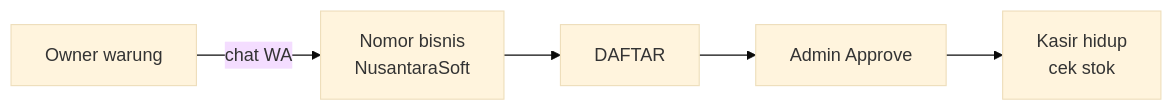
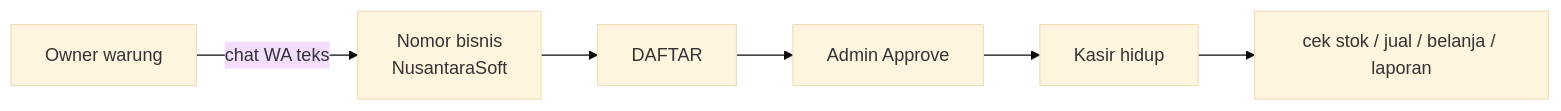
One commit to nusantarasoft/juragan-aibuilder-cup changed the diagram in diagrams/aistudio/umkm-wa/business/L0-bisnis-besar.mmd. Above: the diagram before and after it, drawn with Mermaid (base theme). The commit also changed 20 other files, not shown here.

First line of the commit message:
feat(hermes): pin WhatsApp tool allowlist and refresh UMKM diagrams

```diff
--- a/diagrams/aistudio/umkm-wa/business/L0-bisnis-besar.mmd
+++ b/diagrams/aistudio/umkm-wa/business/L0-bisnis-besar.mmd
@@ -1,5 +1,6 @@
 flowchart LR
-  O[Owner warung] -->|chat WA| N[Nomor bisnis<br/>NusantaraSoft]
+  O[Owner warung] -->|chat WA teks| N[Nomor bisnis<br/>NusantaraSoft]
   N --> D[DAFTAR]
   D --> A[Admin Approve]
-  A --> K[Kasir hidup<br/>cek stok]
+  A --> K[Kasir hidup]
+  K --> S[cek stok / jual / belanja / laporan]
```
